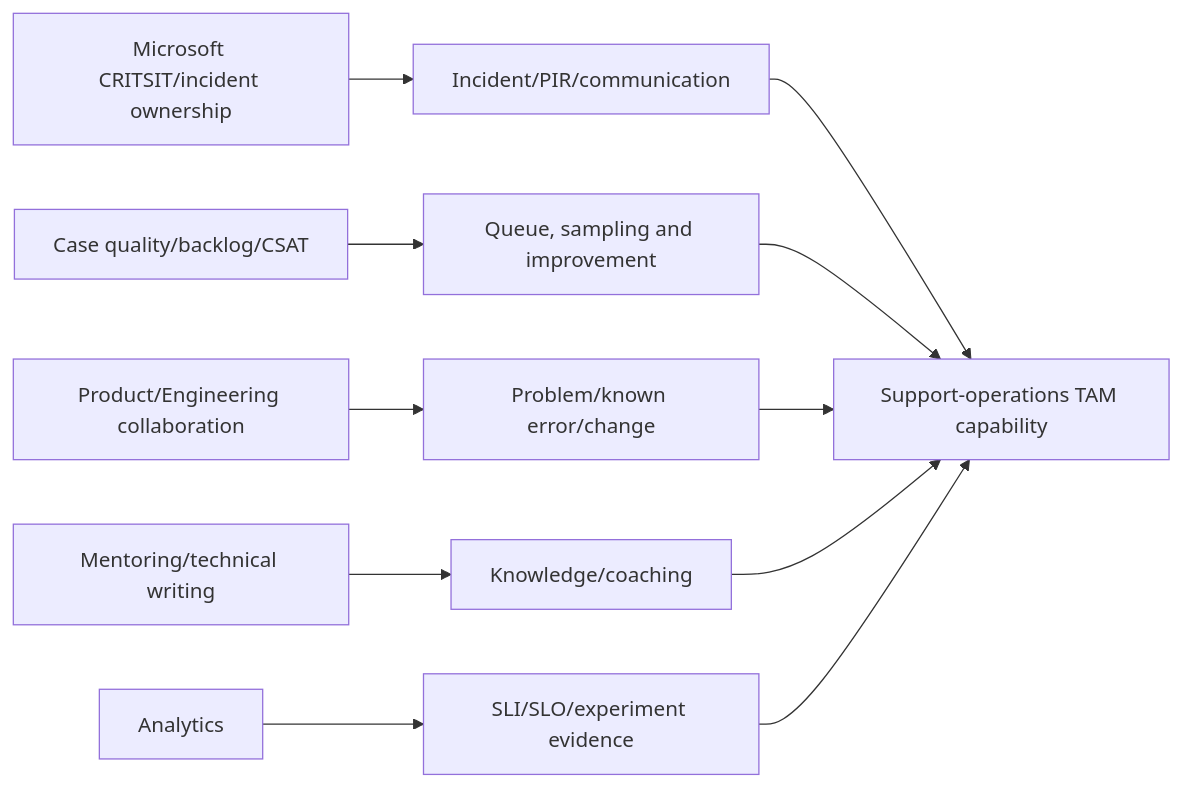
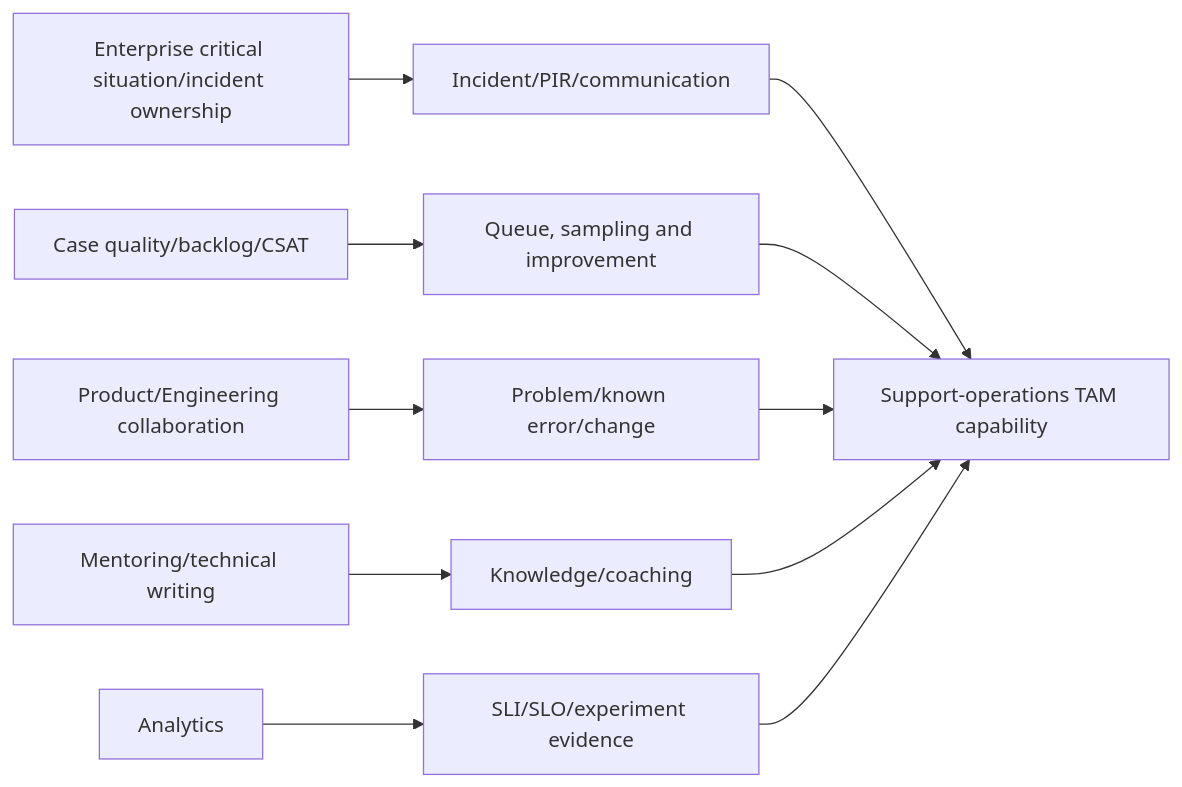
Before and after one commit to hichauhan-in/Interview-Prep: diagram 24 of 24 in NetApp TAM/prep/Part-92-itil-sre-support-operations.md, drawn with Mermaid. The commit also changed other lines of this file and 493 other files, not shown here.

````diff
--- a/NetApp TAM/prep/Part-92-itil-sre-support-operations.md
+++ b/NetApp TAM/prep/Part-92-itil-sre-support-operations.md
@@ -404,13 +404,13 @@
 ```mermaid
 flowchart LR
-    CRIT[Microsoft CRITSIT/incident ownership] --> INCIDENT[Incident/PIR/communication]
+    CRIT[Enterprise critical situation/incident ownership] --> INCIDENT[Incident/PIR/communication]
     QA[Case quality/backlog/CSAT] --> FLOW[Queue, sampling and improvement]
     ENG[Product/Engineering collaboration] --> PROBLEM[Problem/known error/change]
     MENTOR[Mentoring/technical writing] --> KCS[Knowledge/coaching]
     ANALYTICS[Analytics] --> SRE[SLI/SLO/experiment evidence]
     INCIDENT --> TAM[Support-operations TAM capability]
     FLOW --> TAM
     PROBLEM --> TAM
     KCS --> TAM
     SRE --> TAM
 ```
````
